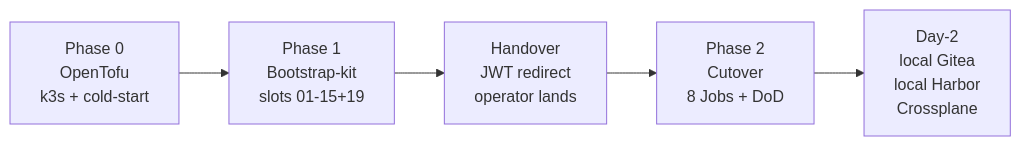
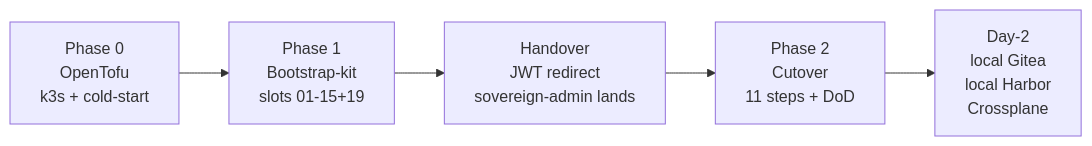
The seventh of 14 diagrams in docs/ARCHITECTURE.md (openova-io/openova), drawn with Mermaid before and after one commit. The commit also changed other lines of this file and 101 other files, not shown here.

````diff
--- a/docs/ARCHITECTURE.md
+++ b/docs/ARCHITECTURE.md
@@ -608,7 +622,7 @@
 ```mermaid
 flowchart LR
   P0[Phase 0<br/>OpenTofu<br/>k3s + cold-start] --> P1[Phase 1<br/>Bootstrap-kit<br/>slots 01-15+19]
-  P1 --> H[Handover<br/>JWT redirect<br/>operator lands]
-  H --> P2[Phase 2<br/>Cutover<br/>8 Jobs + DoD]
+  P1 --> H[Handover<br/>JWT redirect<br/>sovereign-admin lands]
+  H --> P2[Phase 2<br/>Cutover<br/>11 steps + DoD]
   P2 --> D2[Day-2<br/>local Gitea<br/>local Harbor<br/>Crossplane]
 ```
````
